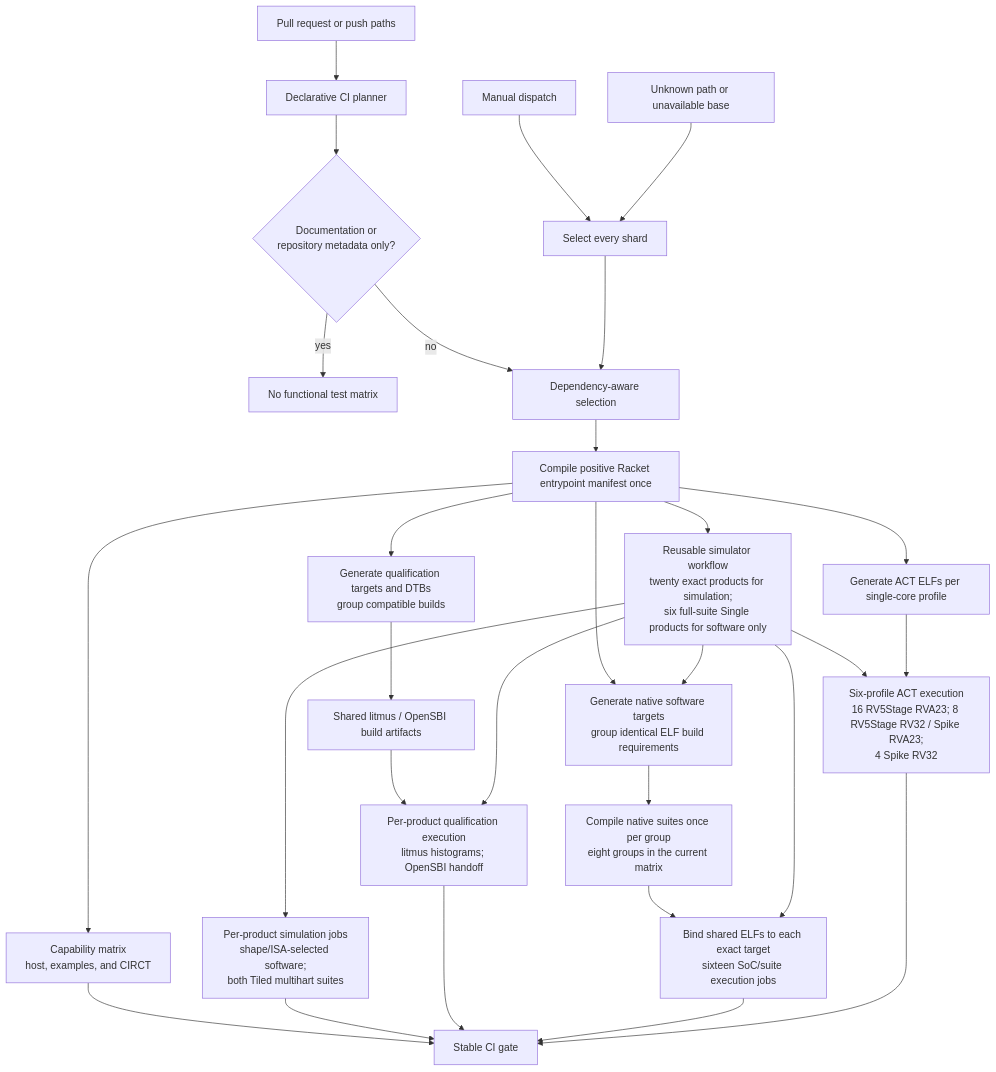
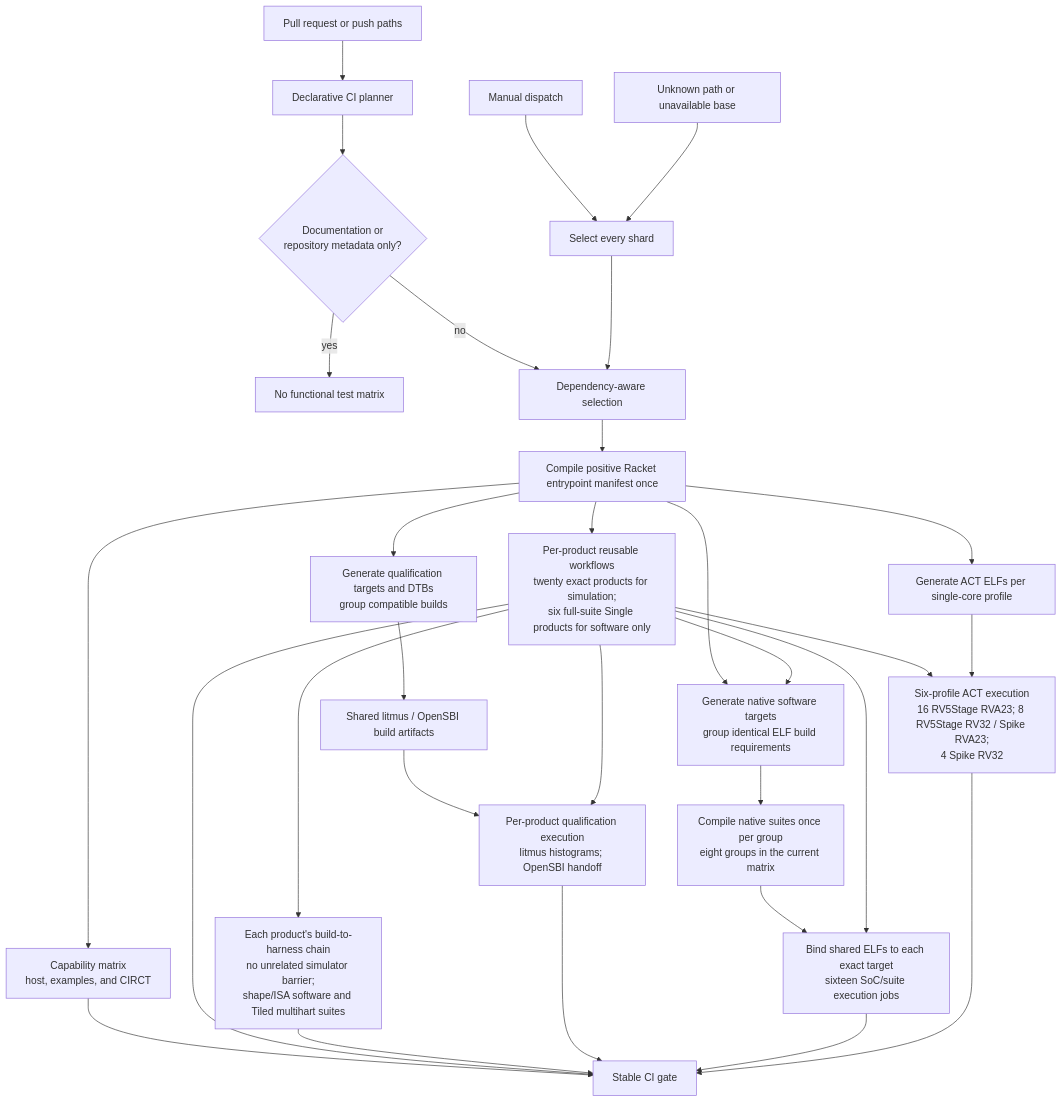
One commit to jerryz123/rhodium changed the diagram in tools/testing/DEVELOPING.md. Above: the diagram before and after it, drawn with Mermaid. The commit also changed other lines of this file and 10 other files, not shown here.

````diff
--- a/tools/testing/DEVELOPING.md
+++ b/tools/testing/DEVELOPING.md
@@ -119,31 +119,32 @@
 ```mermaid
 flowchart TD
     Changes["Pull request or push paths"] --> Classifier["Declarative CI planner"]
     Manual["Manual dispatch"] --> All["Select every shard"]
     Unknown["Unknown path or unavailable base"] --> All
     Classifier --> Docs{"Documentation or<br/>repository metadata only?"}
     Docs -->|yes| None["No functional test matrix"]
     Docs -->|no| Selected["Dependency-aware selection"]
     All --> Selected
     Selected --> Compile["Compile positive Racket entrypoint manifest once"]
     Compile --> Checks["Capability matrix<br/>host, examples, and CIRCT"]
-    Compile --> Simulators["Reusable simulator workflow<br/>twenty exact products for simulation;<br/>six full-suite Single products for software only"]
-    Simulators --> Simulation["Per-product simulation jobs<br/>shape/ISA-selected software;<br/>both Tiled multihart suites"]
+    Compile --> Simulators["Per-product reusable workflows<br/>twenty exact products for simulation;<br/>six full-suite Single products for software only"]
+    Simulators --> Simulation["Each product's build-to-harness chain<br/>no unrelated simulator barrier;<br/>shape/ISA software and Tiled multihart suites"]
     Compile --> QualificationTargets["Generate qualification targets and DTBs<br/>group compatible builds"]
     QualificationTargets --> QualificationBuilds["Shared litmus / OpenSBI build artifacts"]
     QualificationBuilds --> Qualification["Per-product qualification execution<br/>litmus histograms; OpenSBI handoff"]
     Simulators --> Qualification
     Compile --> ProgramTargets["Generate native software targets<br/>group identical ELF build requirements"]
     Simulators --> ProgramTargets
     ProgramTargets --> ProgramBuilds["Compile native suites once per group<br/>eight groups in the current matrix"]
     ProgramBuilds --> Programs["Bind shared ELFs to each exact target<br/>sixteen SoC/suite execution jobs"]
     Simulators --> Programs
     Compile --> ActBuild["Generate ACT ELFs per single-core profile"]
     Simulators --> ActRun["Six-profile ACT execution<br/>16 RV5Stage RVA23; 8 RV5Stage RV32 / Spike RVA23;<br/>4 Spike RV32"]
     ActBuild --> ActRun
     Checks --> Gate["Stable CI gate"]
+    Simulators --> Gate
     Simulation --> Gate
     Qualification --> Gate
     Programs --> Gate
     ActRun --> Gate
 ```
````
